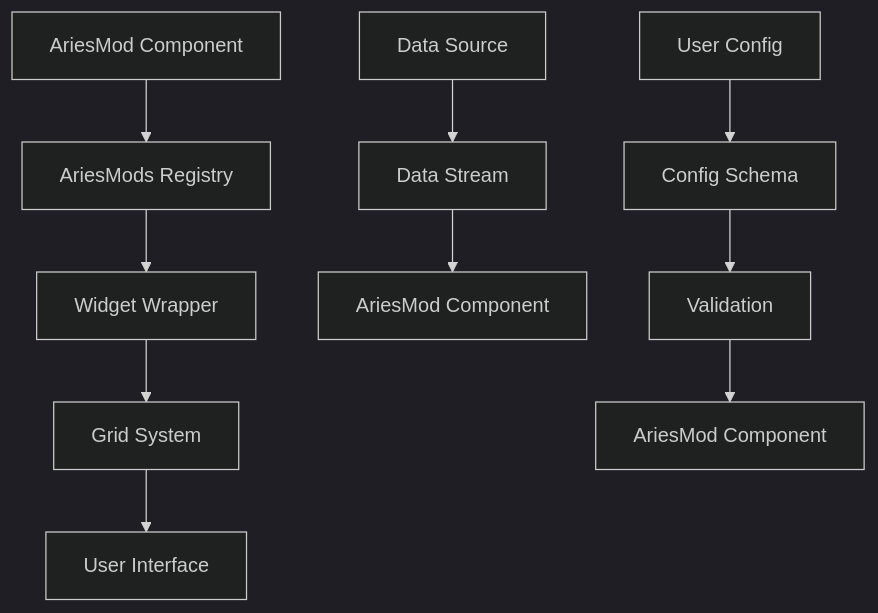
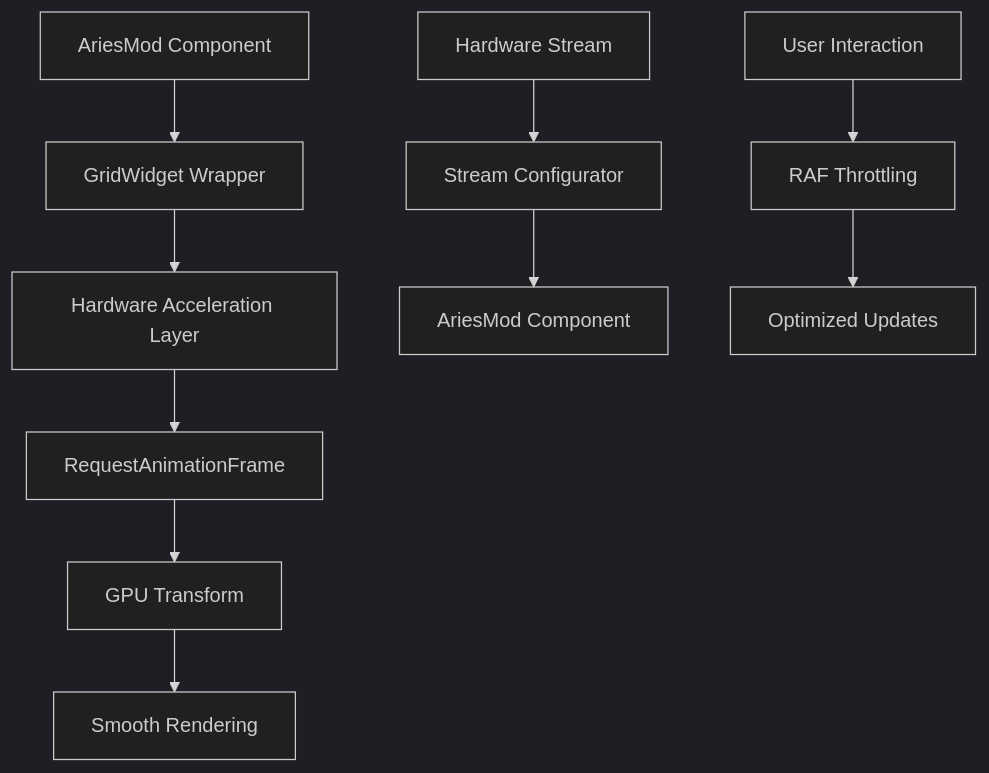
The diagram in ARIESMODS_DEVELOPMENT_GUIDE.md (AryanRai/AriesUI), drawn with Mermaid (dark theme) before and after one commit. The commit also changed other lines of this file and 4 other files, not shown here.

````diff
--- a/ARIESMODS_DEVELOPMENT_GUIDE.md
+++ b/ARIESMODS_DEVELOPMENT_GUIDE.md
@@ -51,14 +61,14 @@
 ```mermaid
 graph TD
-    A[AriesMod Component] --> B[AriesMods Registry]
-    B --> C[Widget Wrapper]
-    C --> D[Grid System]
-    D --> E[User Interface]
+    A[AriesMod Component] --> B[GridWidget Wrapper]
+    B --> C[Hardware Acceleration Layer]
+    C --> D[RequestAnimationFrame]
+    D --> E[GPU Transform]
+    E --> F[Smooth Rendering]
     
-    F[Data Source] --> G[Data Stream]
-    G --> H[AriesMod Component]
+    G[Hardware Stream] --> H[Stream Configurator]
+    H --> I[AriesMod Component]
     
-    I[User Config] --> J[Config Schema]
-    J --> K[Validation]
-    K --> L[AriesMod Component]
+    J[User Interaction] --> K[RAF Throttling]
+    K --> L[Optimized Updates]
 ```
````
